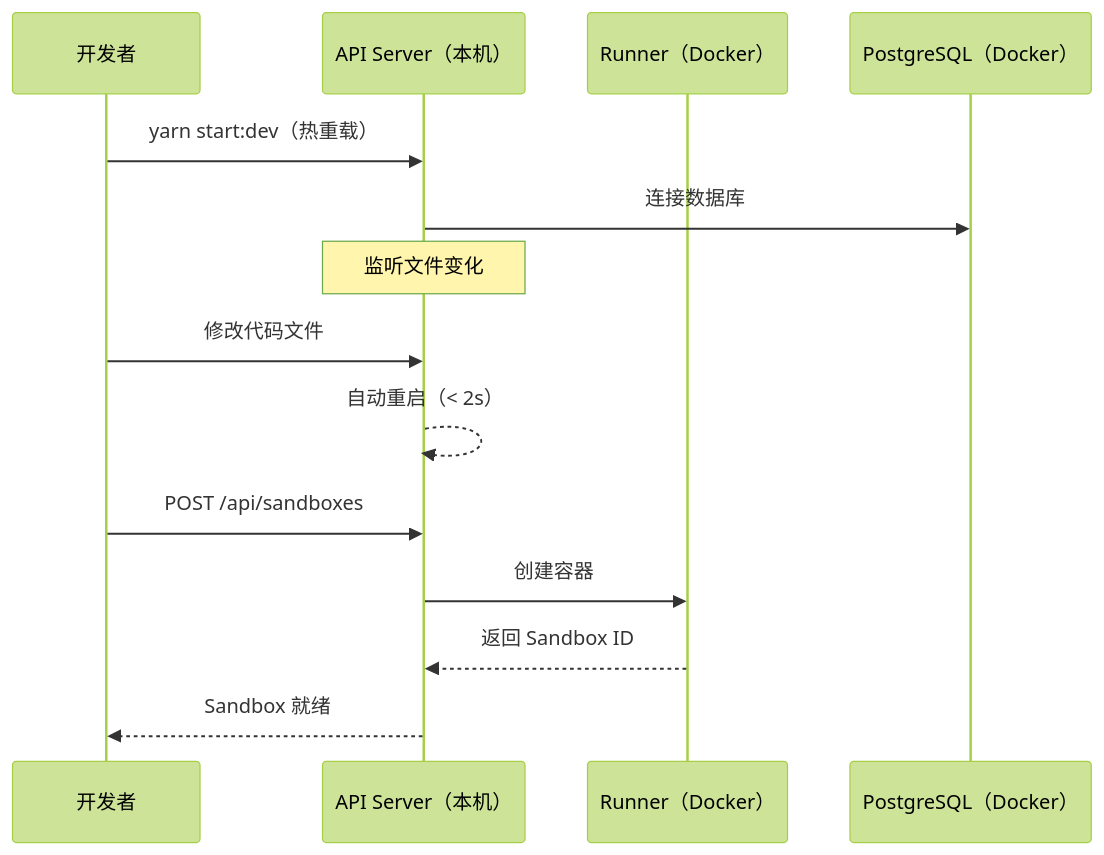
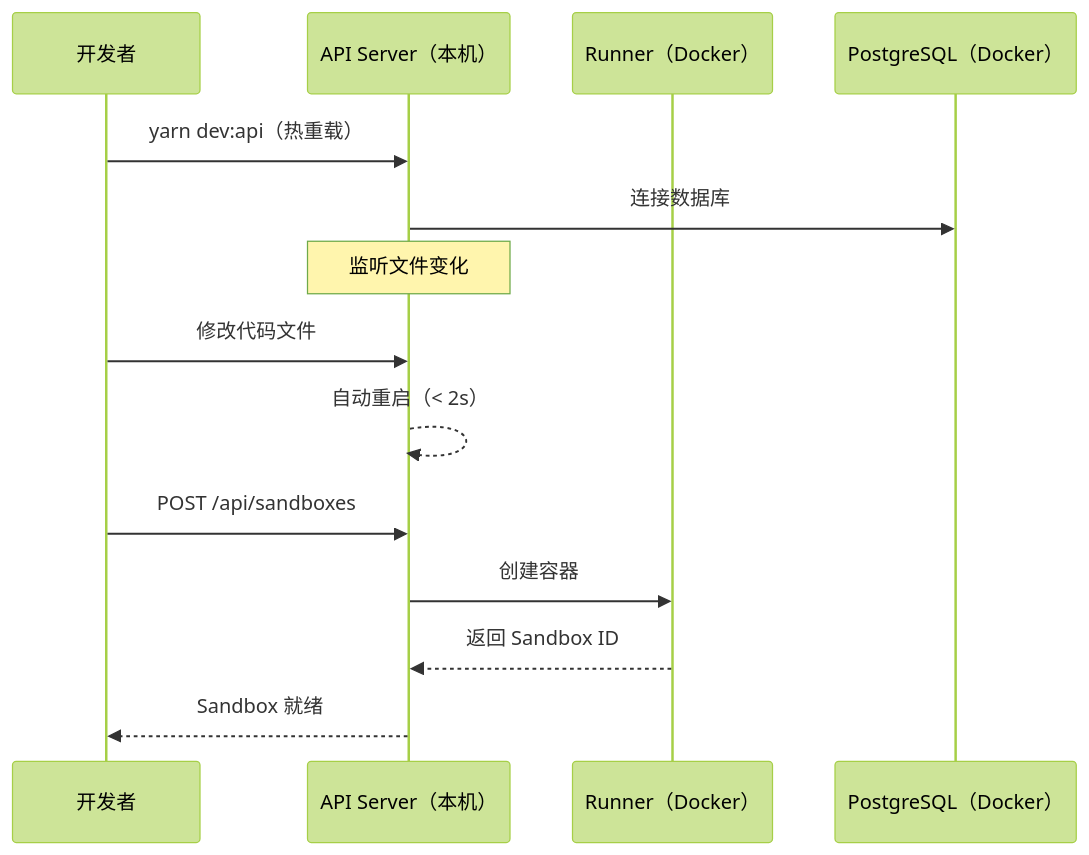
The third of 3 diagrams in docs/development/macos.md (daytonaio/daytona), drawn with Mermaid (forest theme) before and after one commit. The commit also changed other lines of this file and 2 other files, not shown here.

Commit message:
docs(dev): document lightweight local development mode

````diff
--- a/docs/development/macos.md
+++ b/docs/development/macos.md
@@ -185,17 +169,17 @@
 ```mermaid
 sequenceDiagram
   participant dev as 开发者
   participant api as API Server（本机）
   participant runner as Runner（Docker）
   participant db as PostgreSQL（Docker）
 
-  dev->>api: yarn start:dev（热重载）
+  dev->>api: yarn dev:api（热重载）
   api->>db: 连接数据库
   note over api: 监听文件变化
   dev->>api: 修改代码文件
   api-->>api: 自动重启（< 2s）
   dev->>api: POST /api/sandboxes
   api->>runner: 创建容器
   runner-->>api: 返回 Sandbox ID
   api-->>dev: Sandbox 就绪
 ```
````
